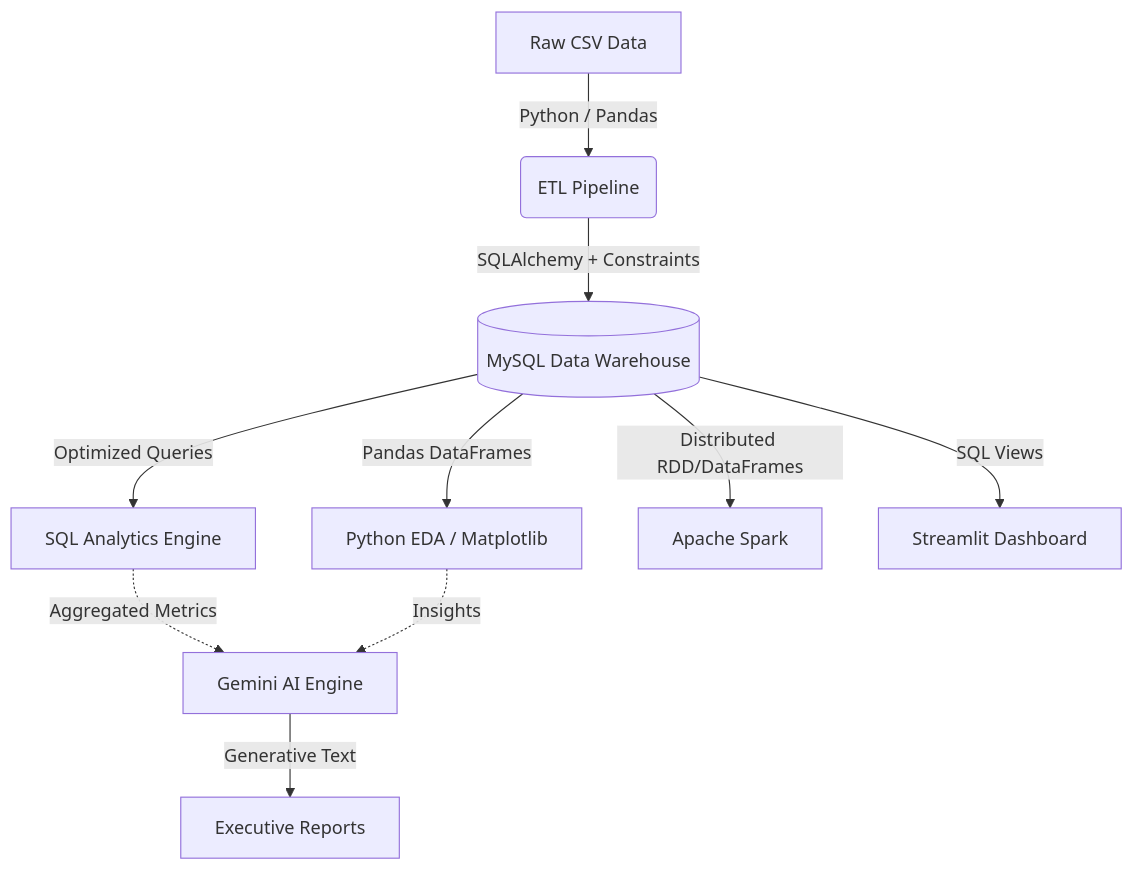
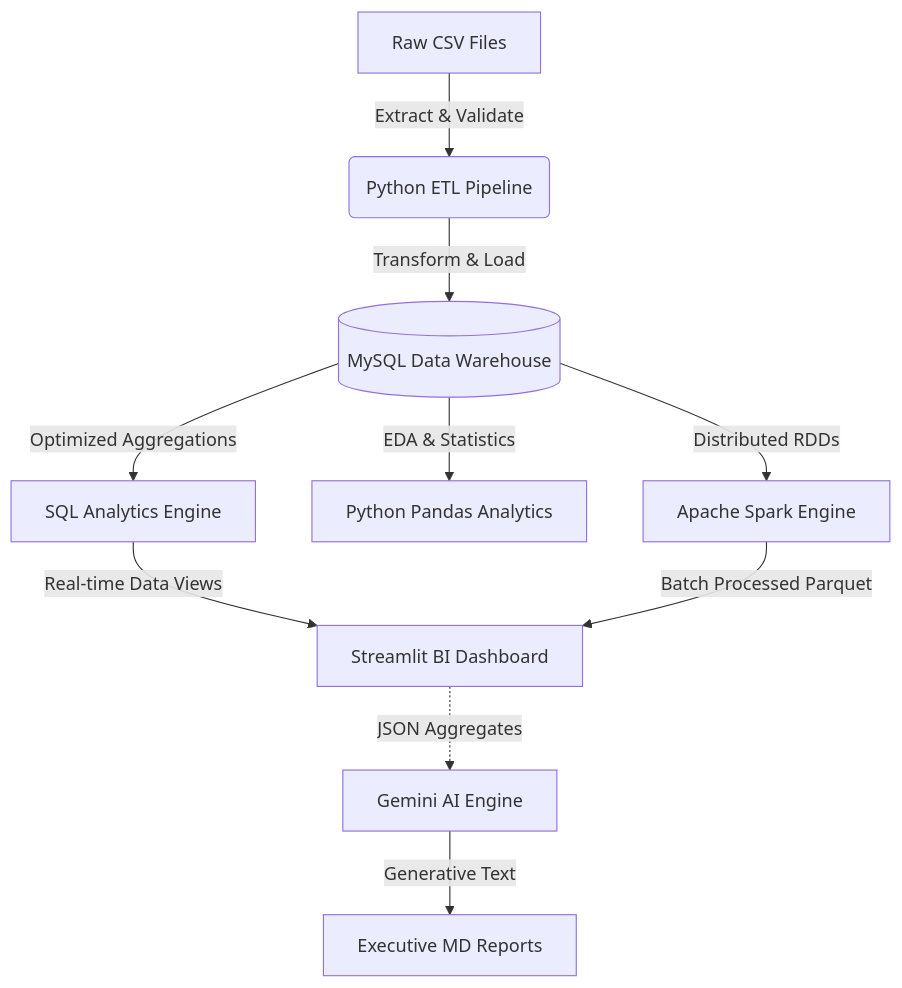
The diagram in README.md (priyanshuu00/AI-Powered-Customer-Sales-Analytics-Platform), drawn with Mermaid before and after one commit. The commit also changed other lines of this file, not shown here.

````diff
--- a/README.md
+++ b/README.md
@@ -21,12 +62,15 @@
 ```mermaid
 graph TD
-    A[Raw CSV Data] -->|Python / Pandas| B(ETL Pipeline)
-    B -->|SQLAlchemy + Constraints| C[(MySQL Data Warehouse)]
-    C -->|Optimized Queries| D[SQL Analytics Engine]
-    C -->|Pandas DataFrames| E[Python EDA / Matplotlib]
-    C -->|Distributed RDD/DataFrames| F[Apache Spark]
-    C -->|SQL Views| G[Streamlit Dashboard]
-    D -.->|Aggregated Metrics| H[Gemini AI Engine]
-    E -.->|Insights| H
-    H -->|Generative Text| I[Executive Reports]
+    A[Raw CSV Files] -->|Extract & Validate| B(Python ETL Pipeline)
+    B -->|Transform & Load| C[(MySQL Data Warehouse)]
+    
+    C -->|Optimized Aggregations| D[SQL Analytics Engine]
+    C -->|EDA & Statistics| E[Python Pandas Analytics]
+    C -->|Distributed RDDs| F[Apache Spark Engine]
+    
+    D -->|Real-time Data Views| G[Streamlit BI Dashboard]
+    F -->|Batch Processed Parquet| G
+    
+    G -.->|JSON Aggregates| H[Gemini AI Engine]
+    H -->|Generative Text| I[Executive MD Reports]
 ```
````
